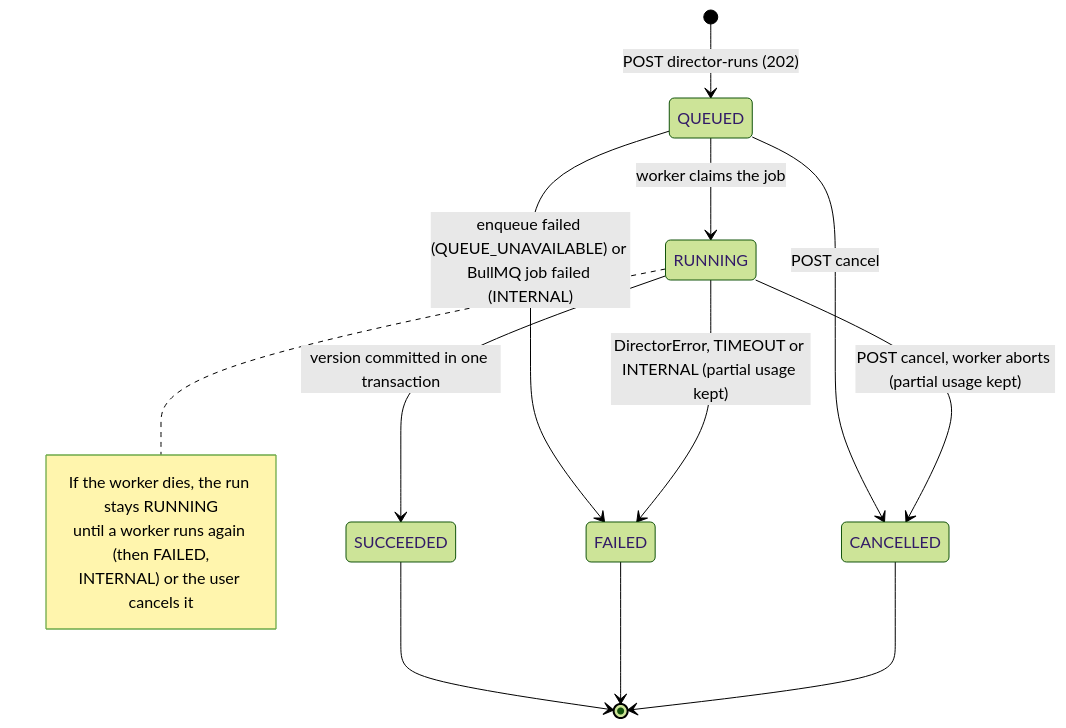
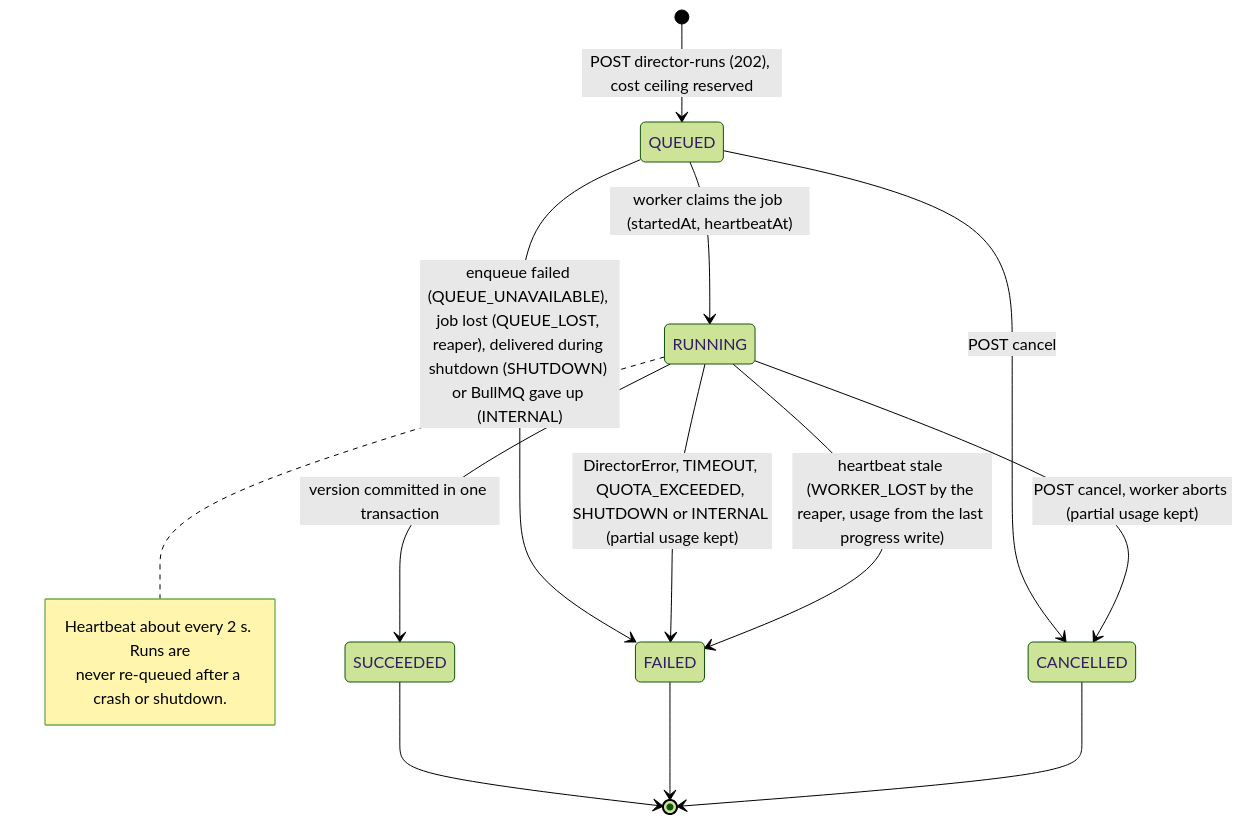
The third of 4 diagrams in docs/DATABASE.md (Gokulraj002/Video-Creation), drawn with Mermaid (forest theme) before and after one commit. The commit also changed other lines of this file and 4 other files, not shown here.

````diff
--- a/docs/DATABASE.md
+++ b/docs/DATABASE.md
@@ -387,19 +412,19 @@
 ```mermaid
 stateDiagram-v2
-  [*] --> QUEUED: POST director-runs (202)
-  QUEUED --> RUNNING: worker claims the job
+  [*] --> QUEUED: POST director-runs (202), cost ceiling reserved
+  QUEUED --> RUNNING: worker claims the job (startedAt, heartbeatAt)
   QUEUED --> CANCELLED: POST cancel
-  QUEUED --> FAILED: enqueue failed (QUEUE_UNAVAILABLE) or BullMQ job failed (INTERNAL)
+  QUEUED --> FAILED: enqueue failed (QUEUE_UNAVAILABLE), job lost (QUEUE_LOST, reaper), delivered during shutdown (SHUTDOWN) or BullMQ gave up (INTERNAL)
   RUNNING --> SUCCEEDED: version committed in one transaction
-  RUNNING --> FAILED: DirectorError, TIMEOUT or INTERNAL (partial usage kept)
+  RUNNING --> FAILED: DirectorError, TIMEOUT, QUOTA_EXCEEDED, SHUTDOWN or INTERNAL (partial usage kept)
+  RUNNING --> FAILED: heartbeat stale (WORKER_LOST by the reaper, usage from the last progress write)
   RUNNING --> CANCELLED: POST cancel, worker aborts (partial usage kept)
   SUCCEEDED --> [*]
   FAILED --> [*]
   CANCELLED --> [*]
 
   note right of RUNNING
-    If the worker dies, the run stays RUNNING
-    until a worker runs again (then FAILED,
-    INTERNAL) or the user cancels it
+    Heartbeat about every 2 s. Runs are
+    never re-queued after a crash or shutdown.
   end note
 ```
````
